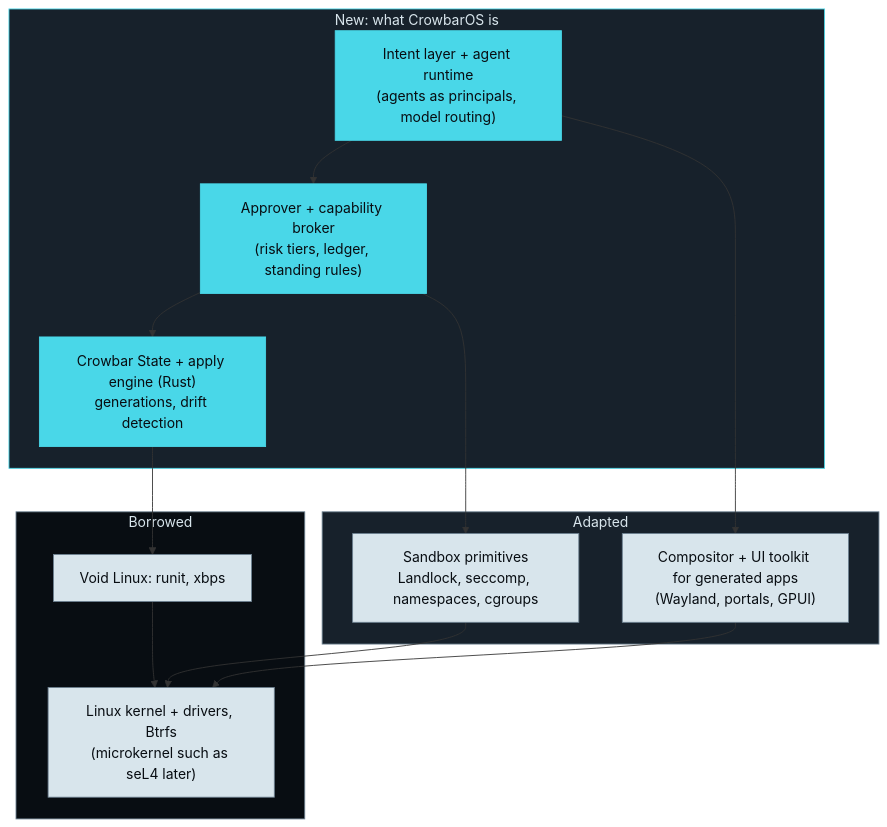
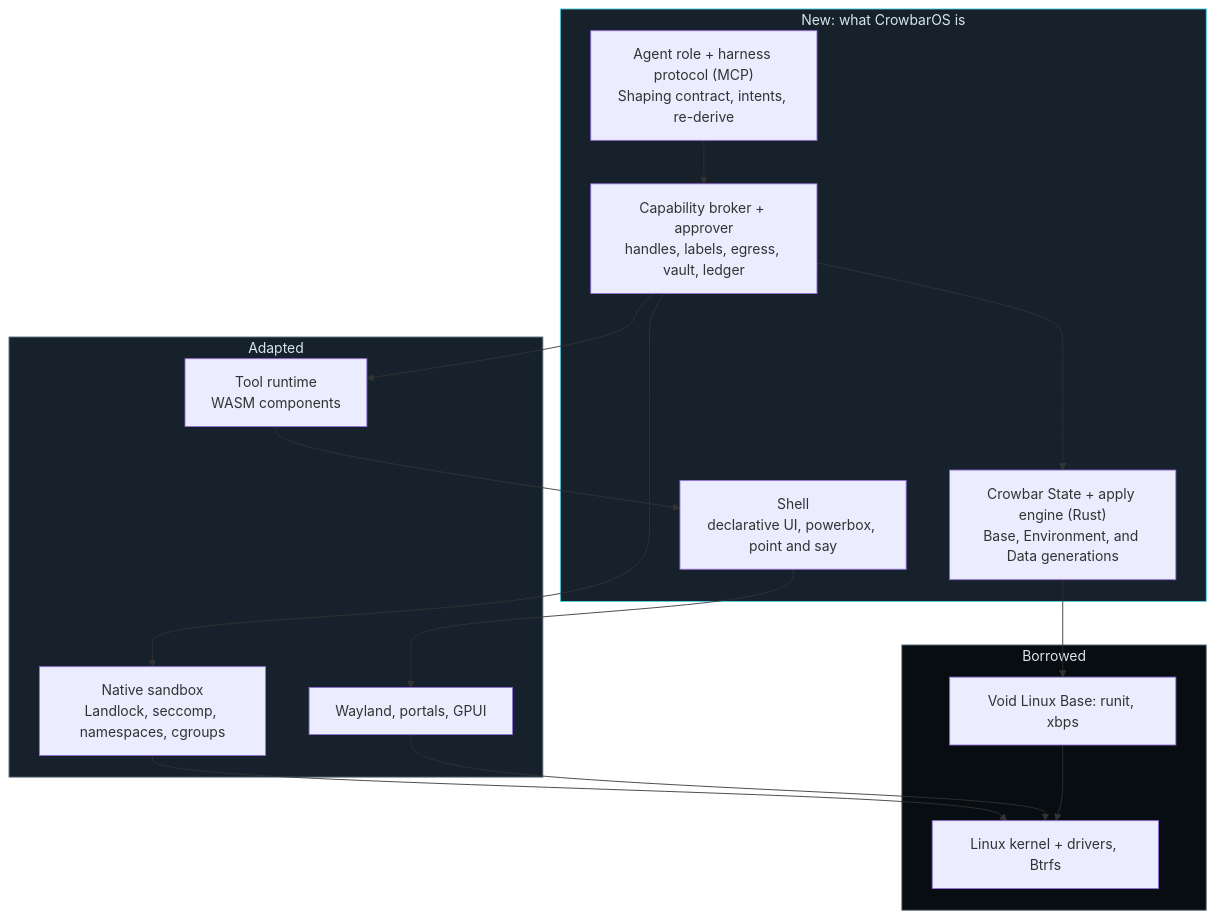
Before and after one commit to crowbaros/crowbaros: the third of 5 diagrams in docs/agent-first/VISION.md, drawn with Mermaid. The commit also changed other lines of this file and 14 other files, not shown here.

````diff
--- a/docs/agent-first/VISION.md
+++ b/docs/agent-first/VISION.md
@@ -119,27 +278,27 @@
 ```mermaid
 flowchart TB
     subgraph NEW["New: what CrowbarOS is"]
-        I["Intent layer + agent runtime<br/>(agents as principals, model routing)"]
-        AP["Approver + capability broker<br/>(risk tiers, ledger, standing rules)"]
-        ST["Crowbar State + apply engine (Rust)<br/>generations, drift detection"]
+        I["Agent role + harness protocol (MCP)<br/>Shaping contract, intents, re-derive"]
+        AP["Capability broker + approver<br/>handles, labels, egress, vault, ledger"]
+        ST["Crowbar State + apply engine (Rust)<br/>Base, Environment, and Data generations"]
+        SH["Shell<br/>declarative UI, powerbox, point and say"]
     end
     subgraph ADAPT["Adapted"]
-        UI["Compositor + UI toolkit for generated apps<br/>(Wayland, portals, GPUI)"]
-        SB["Sandbox primitives<br/>Landlock, seccomp, namespaces, cgroups"]
+        RT["Tool runtime<br/>WASM components"]
+        SB["Native sandbox<br/>Landlock, seccomp, namespaces, cgroups"]
+        UI["Wayland, portals, GPUI"]
     end
     subgraph BORROW["Borrowed"]
-        V["Void Linux: runit, xbps"]
-        K["Linux kernel + drivers, Btrfs<br/>(microkernel such as seL4 later)"]
+        V["Void Linux Base: runit, xbps"]
+        K["Linux kernel + drivers, Btrfs"]
     end
     I --> AP --> ST --> V
+    AP --> RT
     AP --> SB --> K
-    I --> UI --> K
+    SH --> UI --> K
+    RT --> SH
     V --> K
     style NEW fill:#17212B,stroke:#49D7E8,color:#D8E5EC
     style ADAPT fill:#17212B,stroke:#6D8191,color:#D8E5EC
     style BORROW fill:#080D12,stroke:#6D8191,color:#D8E5EC
-    classDef new fill:#49D7E8,stroke:#49D7E8,color:#080D12
-    classDef old fill:#D8E5EC,stroke:#6D8191,color:#080D12
-    class I,AP,ST new
-    class UI,SB,V,K old
 ```
````
